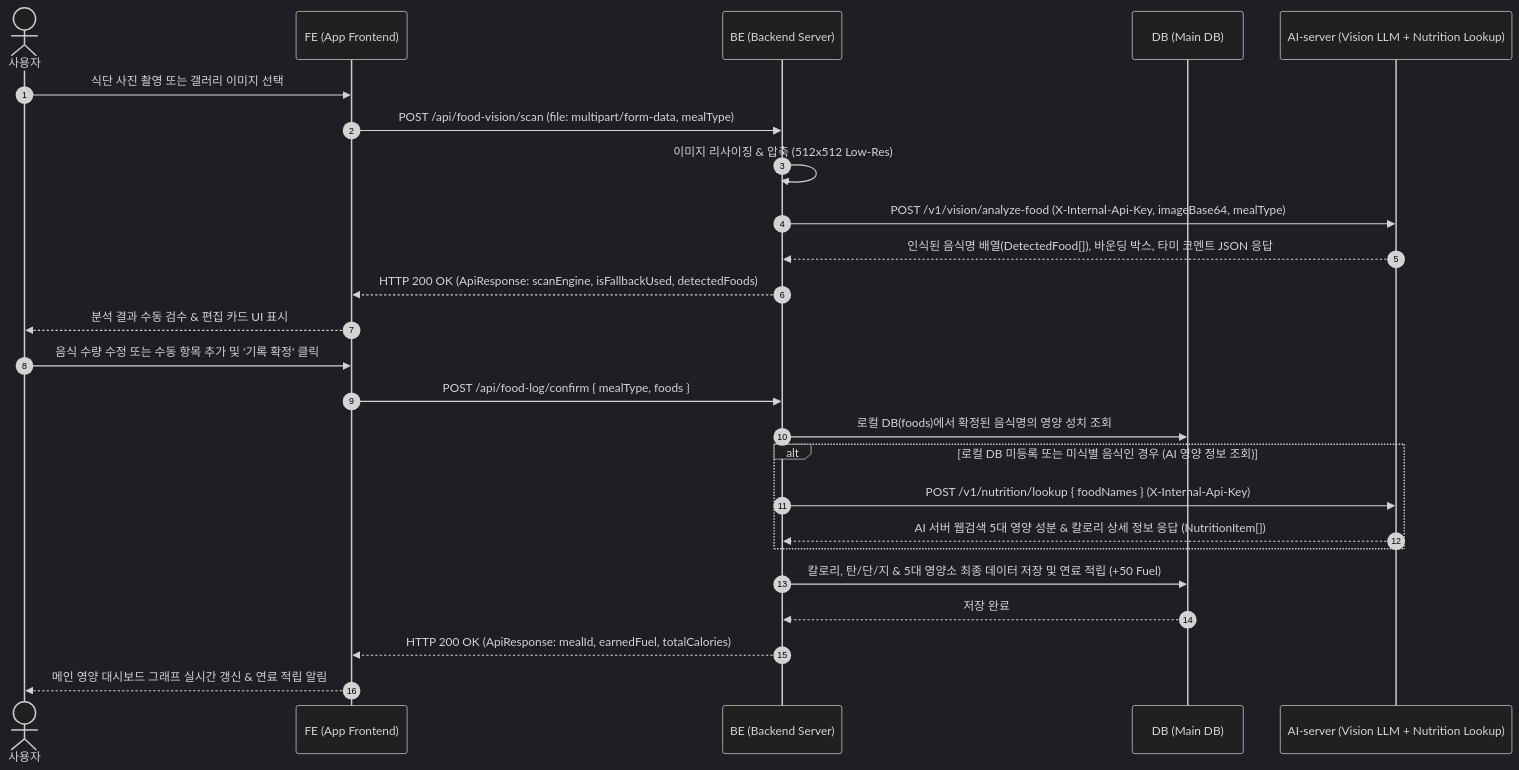
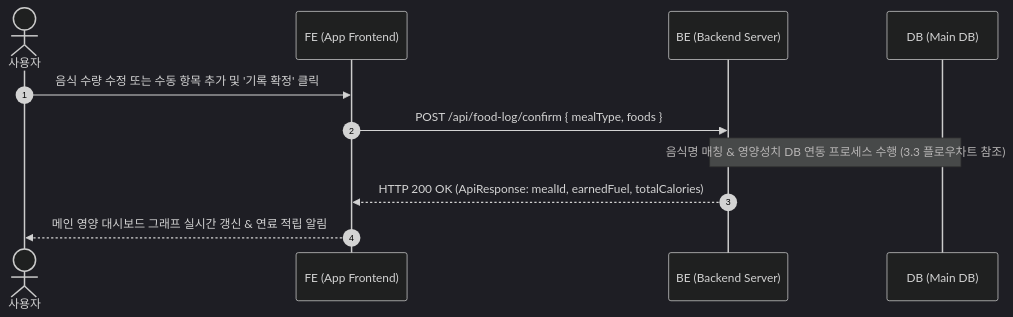
The fourth of 9 diagrams in docs/2. v3/4. Sequence Diagram.md (wooddang-gachon/NASA_backEnd), drawn with Mermaid (dark theme) before and after one commit. The commit also changed other lines of this file and 20 other files, not shown here.

````diff
--- a/docs/2. v3/4. Sequence Diagram.md
+++ b/docs/2. v3/4. Sequence Diagram.md
@@ -83,32 +105,14 @@
 ```mermaid
 sequenceDiagram
     autonumber
     actor User as 사용자
     participant FE as FE (App Frontend)
     participant BE as BE (Backend Server)
     participant DB as DB (Main DB)
-    participant AI as AI-server (Vision LLM + Nutrition Lookup)
 
-    User->>FE: 식단 사진 촬영 또는 갤러리 이미지 선택
-    FE->>BE: POST /api/food-vision/scan (file: multipart/form-data, mealType)
-    BE->>BE: 이미지 리사이징 & 압축 (512x512 Low-Res)
-    BE->>AI: POST /v1/vision/analyze-food (X-Internal-Api-Key, imageBase64, mealType)
-    AI-->>BE: 인식된 음식명 배열(DetectedFood[]), 바운딩 박스, 타미 코멘트 JSON 응답
-    
-    BE-->>FE: HTTP 200 OK (ApiResponse: scanEngine, isFallbackUsed, detectedFoods)
-    FE-->>User: 분석 결과 수동 검수 & 편집 카드 UI 표시
     User->>FE: 음식 수량 수정 또는 수동 항목 추가 및 '기록 확정' 클릭
     FE->>BE: POST /api/food-log/confirm { mealType, foods }
-    
-    BE->>DB: 로컬 DB(foods)에서 확정된 음식명의 영양 성치 조회
-    
-    alt 로컬 DB 미등록 또는 미식별 음식인 경우 (AI 영양 정보 조회)
-        BE->>AI: POST /v1/nutrition/lookup { foodNames } (X-Internal-Api-Key)
-        AI-->>BE: AI 서버 웹검색 5대 영양 성분 & 칼로리 상세 정보 응답 (NutritionItem[])
-    end
-    
-    BE->>DB: 칼로리, 탄/단/지 & 5대 영양소 최종 데이터 저장 및 연료 적립 (+50 Fuel)
-    DB-->>BE: 저장 완료
+    Note over BE, DB: 음식명 매칭 & 영양성치 DB 연동 프로세스 수행 (3.3 플로우차트 참조)
     BE-->>FE: HTTP 200 OK (ApiResponse: mealId, earnedFuel, totalCalories)
     FE-->>User: 메인 영양 대시보드 그래프 실시간 갱신 & 연료 적립 알림
 ```
````
